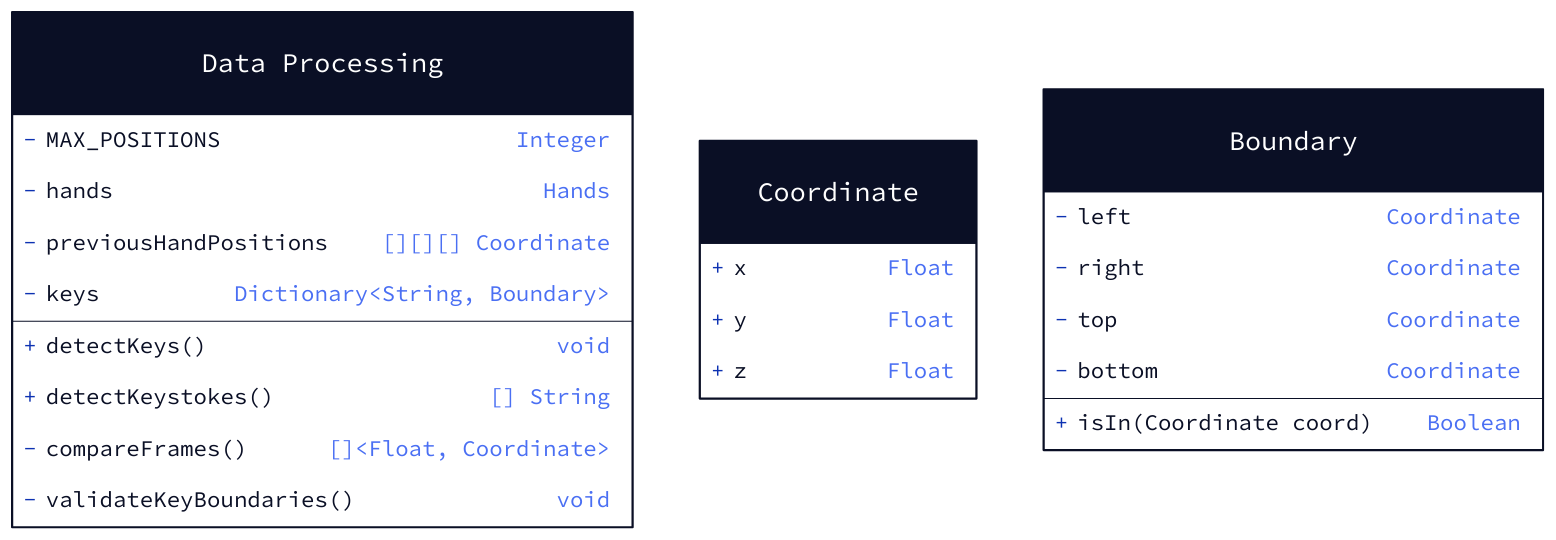
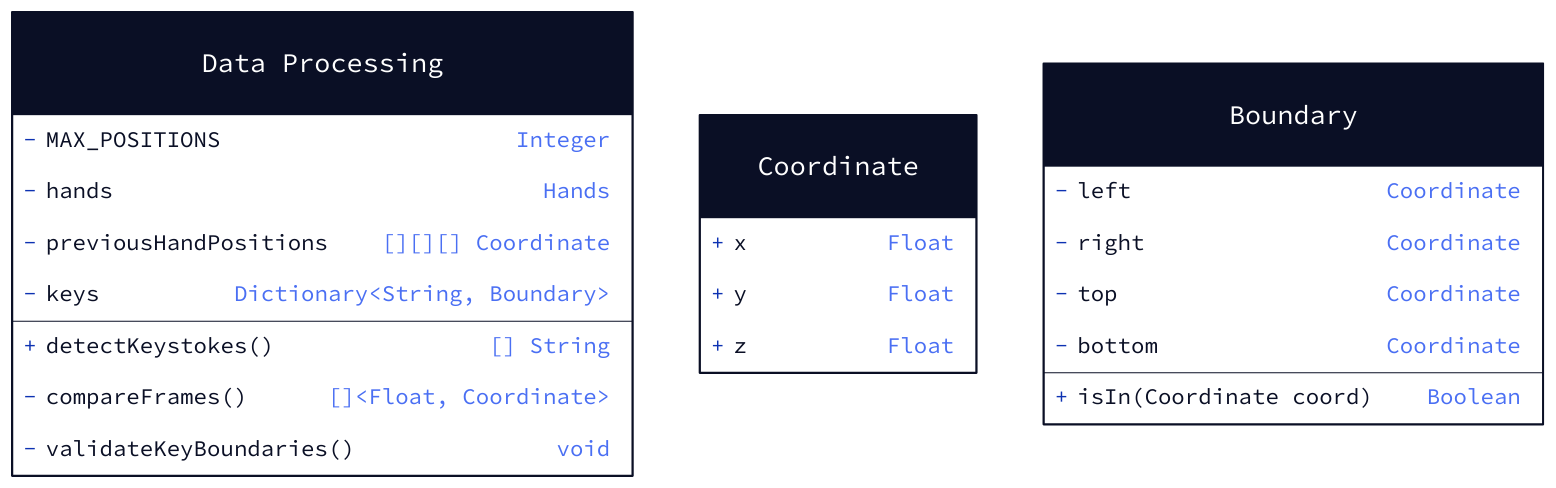
The diagram in documentation/design/source/data_processing.d2 (HelloWorldSeniorProject/AirKeys), drawn with D2 before and after one commit. The commit also changed 3 other files, not shown here.

Commit message:
created main execution diagram and made small updates to design

```diff
--- a/documentation/design/source/data_processing.d2
+++ b/documentation/design/source/data_processing.d2
@@ -1,65 +1,66 @@
 Data Processing: {
     shape: class
 
     # Constants
     - MAX_POSITIONS: Integer
 
     # MediaPipe.Solutions.Hands object
     - hands : Hands
     
     # A queue of hand positions.
     - previousHandPositions : "[][][] Coordinate"
     - keys : "Dictionary<String, Boundary>"
 
-    # Detects the boundaries of each key in the currently displayed keyboard layout as well as the
-    # key's value. Saves these values and boundaries internally.
-    detectKeys()
+    # TODO take in frame as arg
+    # Accepts a 2D-Array of frames (each of which is a 2D array of integers) and detects the boundaries of each key 
+    # in the currently displayed keyboard layout as well as the key's value. Saves these values and boundaries internally.
+    detectKeys(Array*Array*Integer* frames)
 
     # Accepts frame data as 2D-Array of integers. Returns a 2D-Array of Coordinate Objects. These are simply
-    # objects conataining 'x', 'y', and 'z' fields.
+    # objects containing 'x', 'y', and 'z' fields.
     detectHands(Array*Integers frame): "[][]Coordinate"
 
     # Accepts frame data as 2D-Array of integers and Hand Detection results 2D-Array of Coordinate objects.
     # Returns a frame as a 2D-Array of integers.
     addHandsToFrame(Array*Integers* frame, Array*Coordinate* detection_results): "[][] Integer"
 
     # Accepts hand position as 2D-Array of coordinates and saves to internal queue if # saved positions in queue < MAX_POSITIONS;
     # if not, removes earliest saved position in queue, shifts queue accordingly, and saves newest position data to queue.
     replaceOldestHandPositon(Array*Coordinate* positions)
 
     # Runs though all saved hand positions to determine if keystrokes have occured. Returns a list of strings representing the 
     # keys we believe were typed over the course of all the saved frames. Keystrokes must returned in the order in which the were 
     # typed.
     detectKeystokes(): "[] String"
 
     # Determines if any finger has moved in such a way that is considered acceptable for a keystroke across all saved hand positions.
     # Returns a list of normalized (0 <= x <= 1) confidence intervals of movement, and final positions of valid keystroke movement 
     # (i.e. the coordinates of a finger when we think the finger pressed down on a key).
     - compareFrames(): " []<Float, Coordinate>"
 
     # Corrects any overlapping key boundaries.
     - validateKeyBoundaries()
 }
 
 # structs, types, etc..
 Coordinate: {
     shape: class
     
     x : Float
     y : Float
     z : Float
 }
 
 # The bounding box of some (psuedo-)physical object.
 Boundary : {
     shape : class
 
     - left : Coordinate
     - right : Coordinate
     - top : Coordinate
     - bottom : Coordinate
 
     # Accepts a Coordinate object and determines if the coordinate is within 
     # the bounding box. Returns true if so; false otherwise.
     isIn(Coordinate coord) : Boolean 
 }
```
